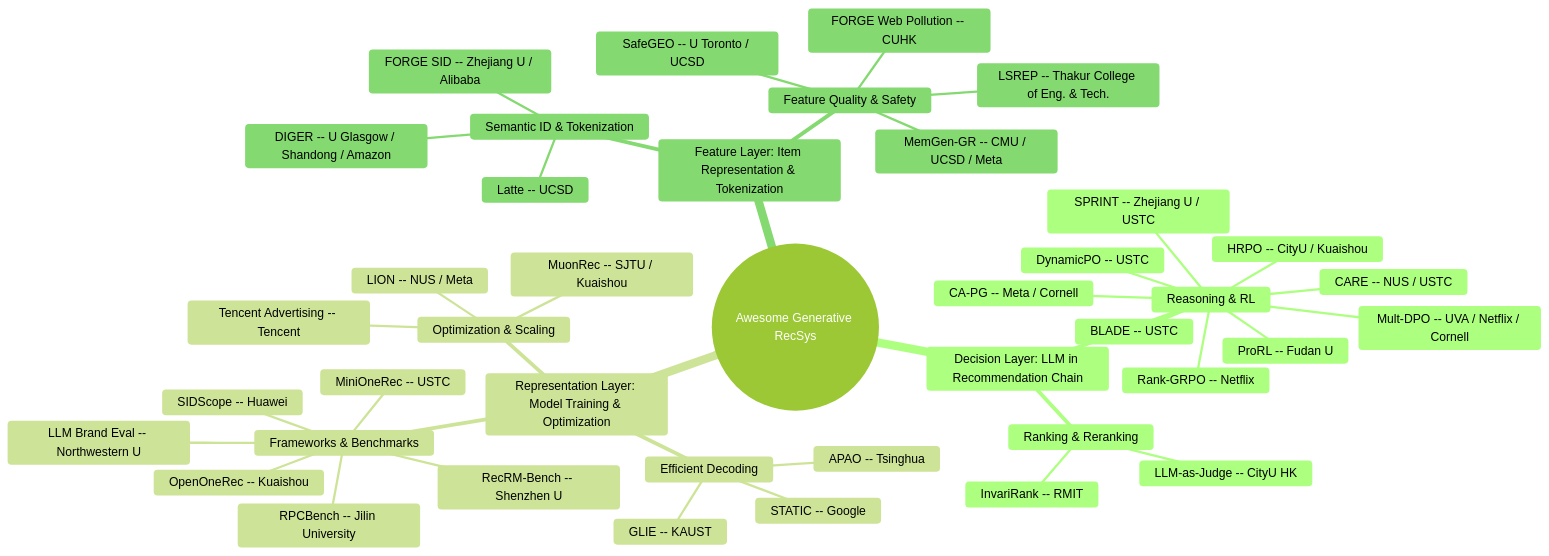
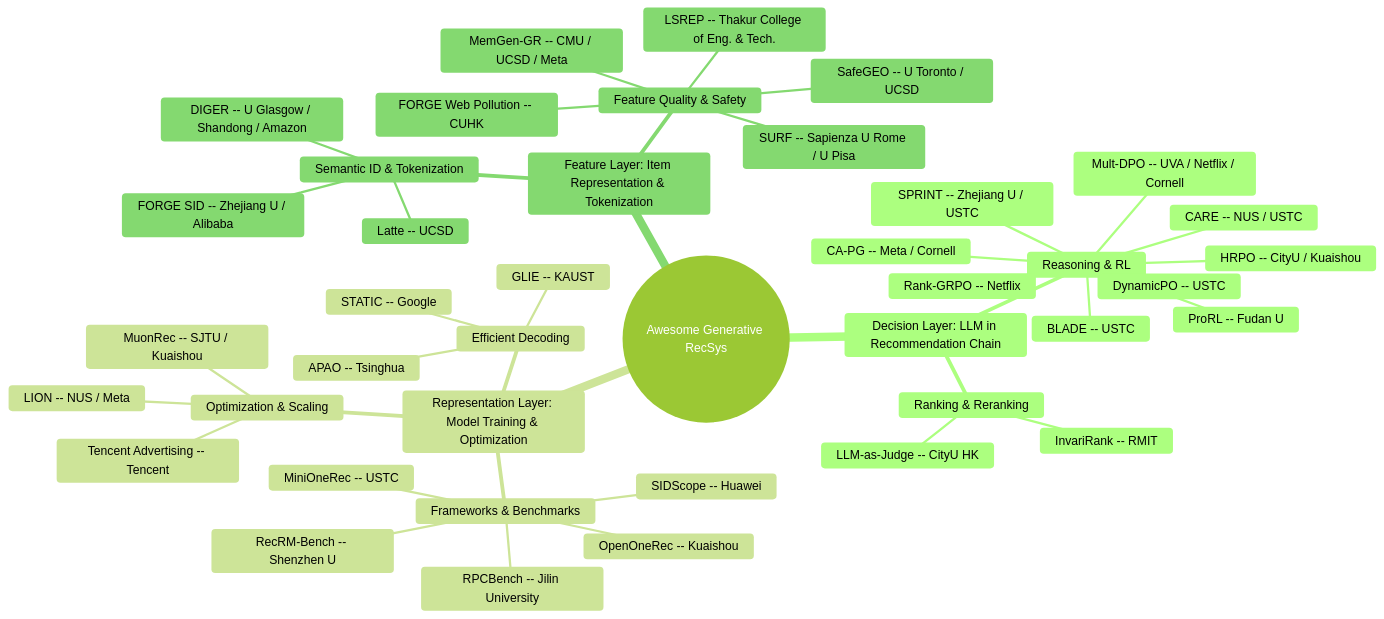
One commit to HaFred/awesome-generative-recsys changed the diagram in README.md. Above: the diagram before and after it, drawn with Mermaid (forest theme). The commit also changed other lines of this file and 3 other files, not shown here.

````diff
--- a/README.md
+++ b/README.md
@@ -30,44 +30,44 @@
 ```mermaid
 mindmap
   root((Awesome Generative RecSys))
     Decision Layer: LLM in Recommendation Chain
       Reasoning & RL
         Rank-GRPO -- Netflix
         DynamicPO -- USTC
         BLADE -- USTC
         SPRINT -- Zhejiang U / USTC
         CARE -- NUS / USTC
         HRPO -- CityU / Kuaishou
         Mult-DPO -- UVA / Netflix / Cornell
         CA-PG -- Meta / Cornell
         ProRL -- Fudan U
       Ranking & Reranking
         InvariRank -- RMIT
         LLM-as-Judge -- CityU HK
     Representation Layer: Model Training & Optimization
       Frameworks & Benchmarks
         MiniOneRec -- USTC
         OpenOneRec -- Kuaishou
         RecRM-Bench -- Shenzhen U
         SIDScope -- Huawei
         RPCBench -- Jilin University
-        LLM Brand Eval -- Northwestern U
       Efficient Decoding
         STATIC -- Google
         APAO -- Tsinghua
         GLIE -- KAUST
       Optimization & Scaling
         MuonRec -- SJTU / Kuaishou
         Tencent Advertising -- Tencent
         LION -- NUS / Meta
     Feature Layer: Item Representation & Tokenization
       Semantic ID & Tokenization
         Latte -- UCSD
         FORGE SID -- Zhejiang U / Alibaba
         DIGER -- U Glasgow / Shandong / Amazon
       Feature Quality & Safety
         SafeGEO -- U Toronto / UCSD
         MemGen-GR -- CMU / UCSD / Meta
         FORGE Web Pollution -- CUHK
         LSREP -- Thakur College of Eng. & Tech.
+        SURF -- Sapienza U Rome / U Pisa
 ```
````
